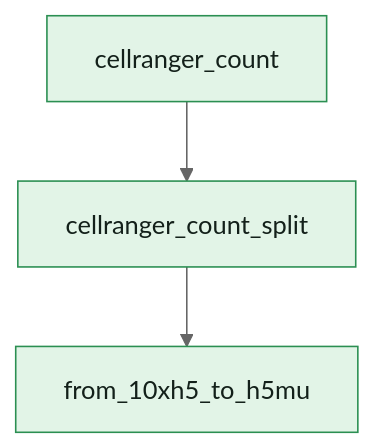
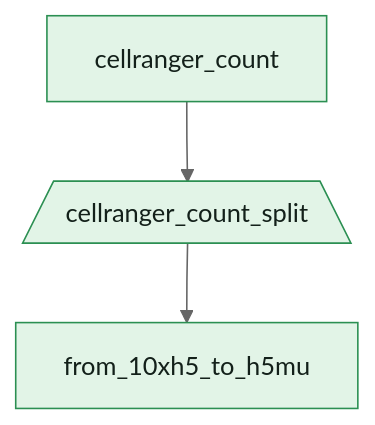
Before and after one commit to openpipelines-bio/openpipeline_docs: the diagram in reference/openpipeline/v4.2.0/workflows/ingestion/cellranger_mapping.qmd, drawn with Mermaid (neutral theme). The commit also changed other lines of this file and 40 other files, not shown here.

````diff
--- a/reference/openpipeline/v4.2.0/workflows/ingestion/cellranger_mapping.qmd
+++ b/reference/openpipeline/v4.2.0/workflows/ingestion/cellranger_mapping.qmd
@@ -114,11 +114,11 @@
 ```{mermaid}
 flowchart TB
-    v17["cellranger_count"]
-    v48["cellranger_count_split"]
-    v79["from_10xh5_to_h5mu"]
-    v17 --> v48
-    v48 --> v79
-    style v17 fill:#e2f4e7,stroke:#2b8f52,color:#13201a
-    style v48 fill:#e2f4e7,stroke:#2b8f52,color:#13201a
-    style v79 fill:#e2f4e7,stroke:#2b8f52,color:#13201a
+    c_convert_from_10xh5_to_h5mu["from_10xh5_to_h5mu"]
+    c_mapping_cellranger_count["cellranger_count"]
+    c_mapping_cellranger_count_split[/cellranger_count_split\]
+    c_mapping_cellranger_count --> c_mapping_cellranger_count_split
+    c_mapping_cellranger_count_split --> c_convert_from_10xh5_to_h5mu
+    style c_convert_from_10xh5_to_h5mu fill:#e2f4e7,stroke:#2b8f52,color:#13201a
+    style c_mapping_cellranger_count fill:#e2f4e7,stroke:#2b8f52,color:#13201a
+    style c_mapping_cellranger_count_split fill:#e2f4e7,stroke:#2b8f52,color:#13201a
 ```
````
